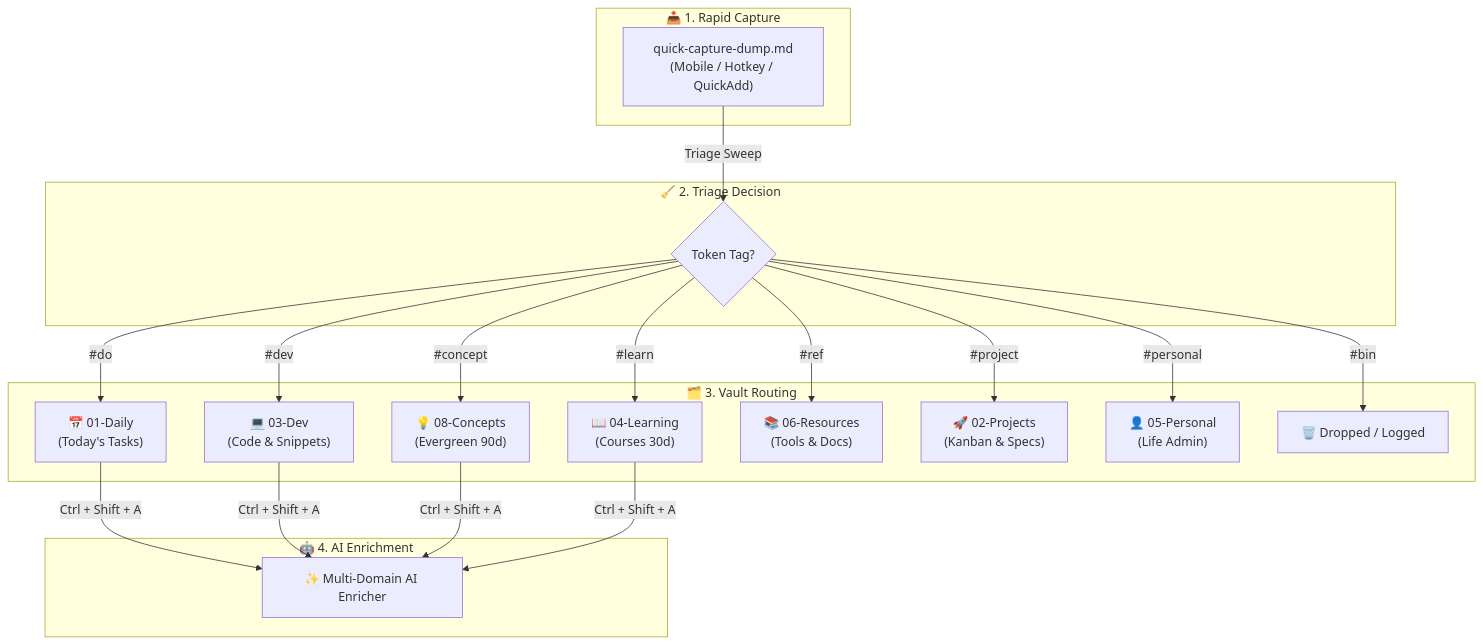
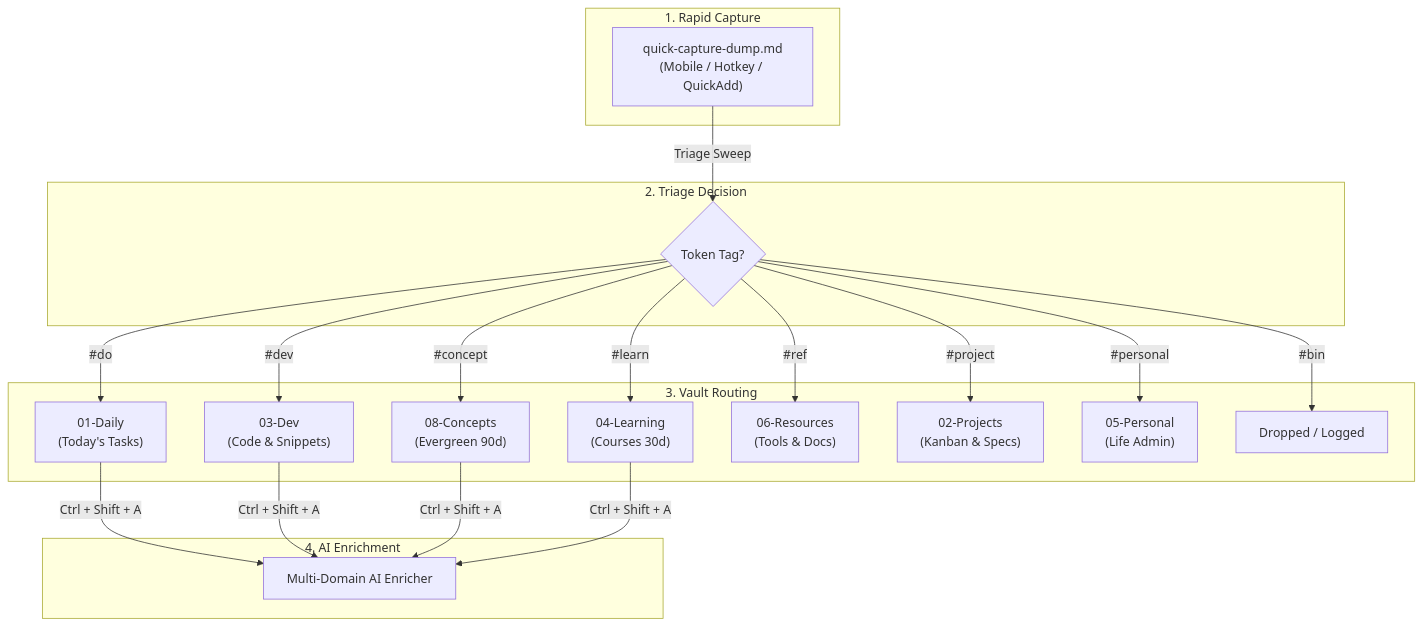
Before and after one commit to lowqualityloey/loey_space: the second of 3 diagrams in 06-Resources/Guides/Second Brain Guide.md, drawn with Mermaid. The commit also changed other lines of this file and 14 other files, not shown here.

````diff
--- a/06-Resources/Guides/Second Brain Guide.md
+++ b/06-Resources/Guides/Second Brain Guide.md
@@ -41,25 +41,25 @@
 ```mermaid
 flowchart TD
-    subgraph Capture["📥 1. Rapid Capture"]
+    subgraph Capture["1. Rapid Capture"]
         Dump["quick-capture-dump.md<br/>(Mobile / Hotkey / QuickAdd)"]
     end
 
-    subgraph Triage["🧹 2. Triage Decision"]
+    subgraph Triage["2. Triage Decision"]
         Dump -->|Triage Sweep| Tokens{Token Tag?}
     end
 
-    subgraph Routing["🗂️ 3. Vault Routing"]
-        Tokens -->|#do| Daily["📅 01-Daily<br/>(Today's Tasks)"]
-        Tokens -->|#dev| Dev["💻 03-Dev<br/>(Code & Snippets)"]
-        Tokens -->|#concept| Concept["💡 08-Concepts<br/>(Evergreen 90d)"]
-        Tokens -->|#learn| Learn["📖 04-Learning<br/>(Courses 30d)"]
-        Tokens -->|#ref| Res["📚 06-Resources<br/>(Tools & Docs)"]
-        Tokens -->|#project| Proj["🚀 02-Projects<br/>(Kanban & Specs)"]
-        Tokens -->|#personal| Pers["👤 05-Personal<br/>(Life Admin)"]
-        Tokens -->|#bin| Trash["🗑️ Dropped / Logged"]
+    subgraph Routing["3. Vault Routing"]
+        Tokens -->|#do| Daily["01-Daily<br/>(Today's Tasks)"]
+        Tokens -->|#dev| Dev["03-Dev<br/>(Code & Snippets)"]
+        Tokens -->|#concept| Concept["08-Concepts<br/>(Evergreen 90d)"]
+        Tokens -->|#learn| Learn["04-Learning<br/>(Courses 30d)"]
+        Tokens -->|#ref| Res["06-Resources<br/>(Tools & Docs)"]
+        Tokens -->|#project| Proj["02-Projects<br/>(Kanban & Specs)"]
+        Tokens -->|#personal| Pers["05-Personal<br/>(Life Admin)"]
+        Tokens -->|#bin| Trash["Dropped / Logged"]
     end
 
-    subgraph Enrichment["🤖 4. AI Enrichment"]
-        Daily & Dev & Concept & Learn -->|Ctrl + Shift + A| AI["✨ Multi-Domain AI Enricher"]
+    subgraph Enrichment["4. AI Enrichment"]
+        Daily & Dev & Concept & Learn -->|Ctrl + Shift + A| AI["Multi-Domain AI Enricher"]
     end
 ```
````
